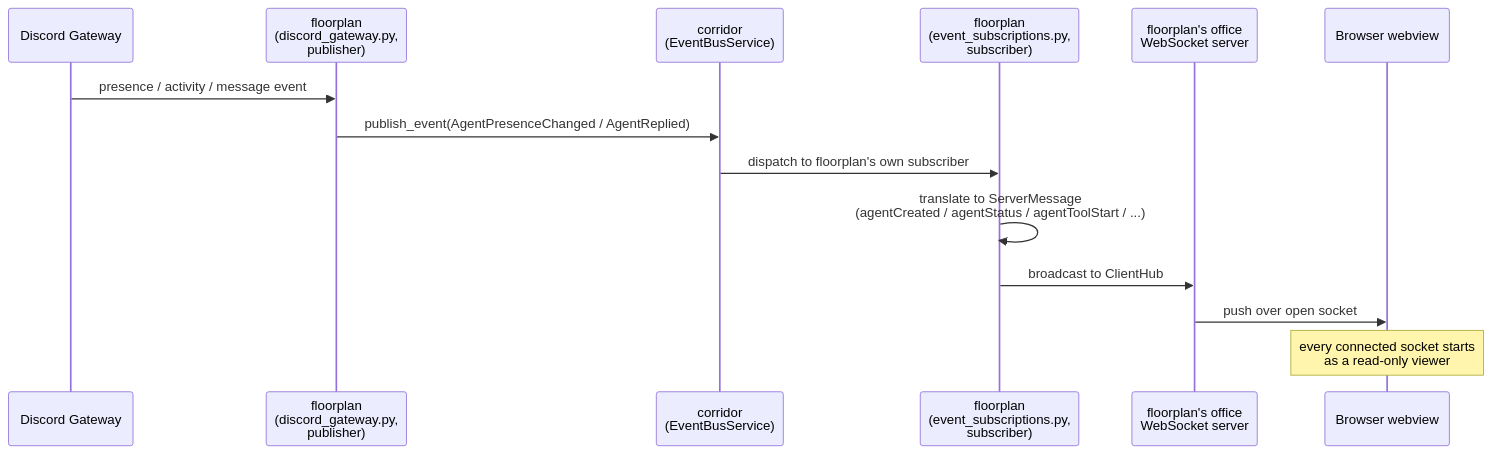
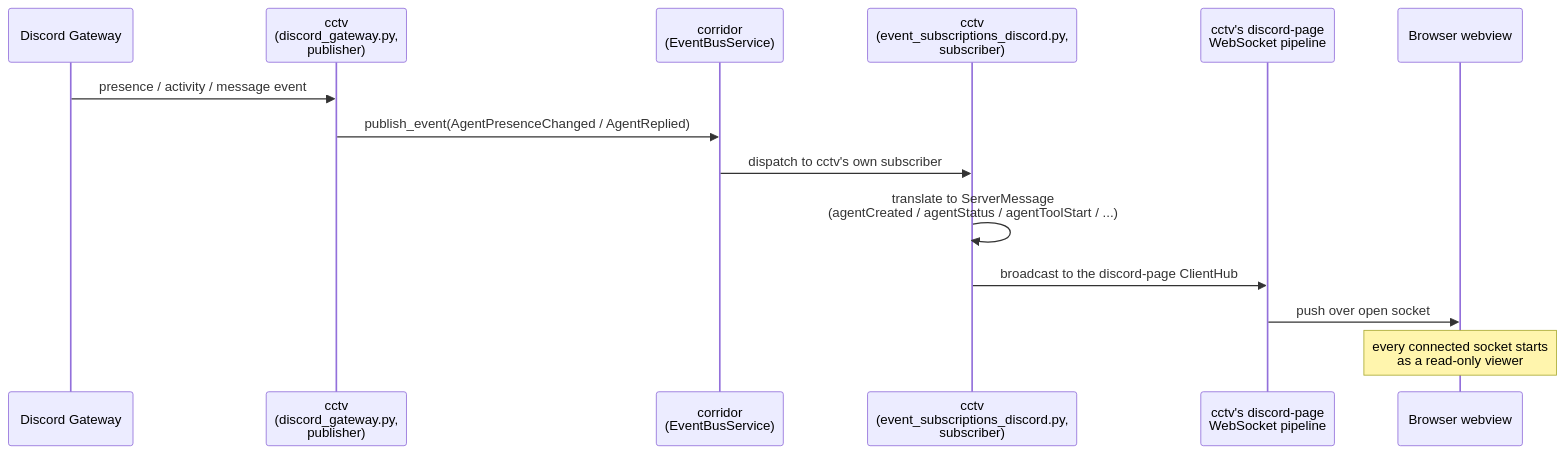
Before and after one commit to pixel-agents-hq/pixel-agents-cogs: the third of 8 diagrams in docs/architecture.md, drawn with Mermaid. The commit also changed other lines of this file and 4 other files, not shown here.

````diff
--- a/docs/architecture.md
+++ b/docs/architecture.md
@@ -221,17 +225,17 @@
 ```mermaid
 sequenceDiagram
     participant D as Discord Gateway
-    participant FP1 as floorplan<br/>(discord_gateway.py,<br/>publisher)
+    participant C1 as cctv<br/>(discord_gateway.py,<br/>publisher)
     participant C as corridor<br/>(EventBusService)
-    participant FP2 as floorplan<br/>(event_subscriptions.py,<br/>subscriber)
-    participant WS as floorplan's office<br/>WebSocket server
+    participant C2 as cctv<br/>(event_subscriptions_discord.py,<br/>subscriber)
+    participant WS as cctv's discord-page<br/>WebSocket pipeline
     participant B as Browser webview
 
-    D->>FP1: presence / activity / message event
-    FP1->>C: publish_event(AgentPresenceChanged / AgentReplied)
-    C->>FP2: dispatch to floorplan's own subscriber
-    FP2->>FP2: translate to ServerMessage<br/>(agentCreated / agentStatus / agentToolStart / ...)
-    FP2->>WS: broadcast to ClientHub
+    D->>C1: presence / activity / message event
+    C1->>C: publish_event(AgentPresenceChanged / AgentReplied)
+    C->>C2: dispatch to cctv's own subscriber
+    C2->>C2: translate to ServerMessage<br/>(agentCreated / agentStatus / agentToolStart / ...)
+    C2->>WS: broadcast to the discord-page ClientHub
     WS->>B: push over open socket
     Note over B: every connected socket starts<br/>as a read-only viewer
 ```
````
